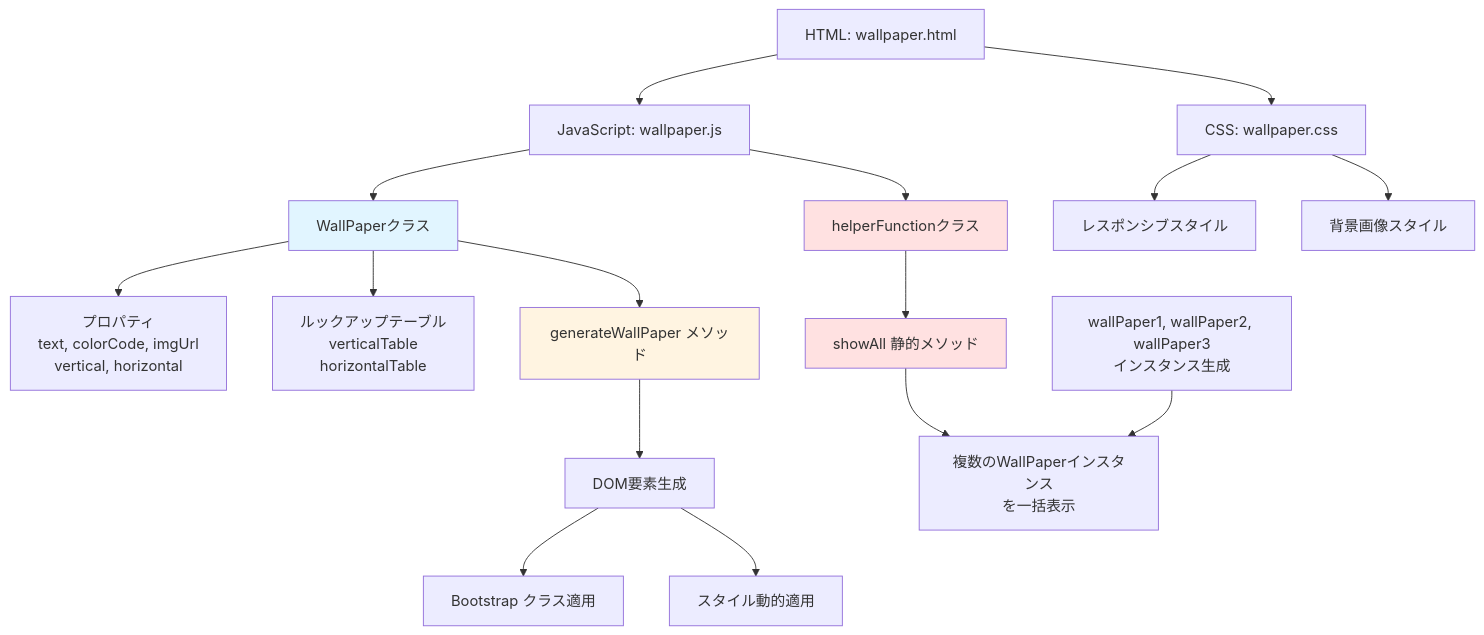
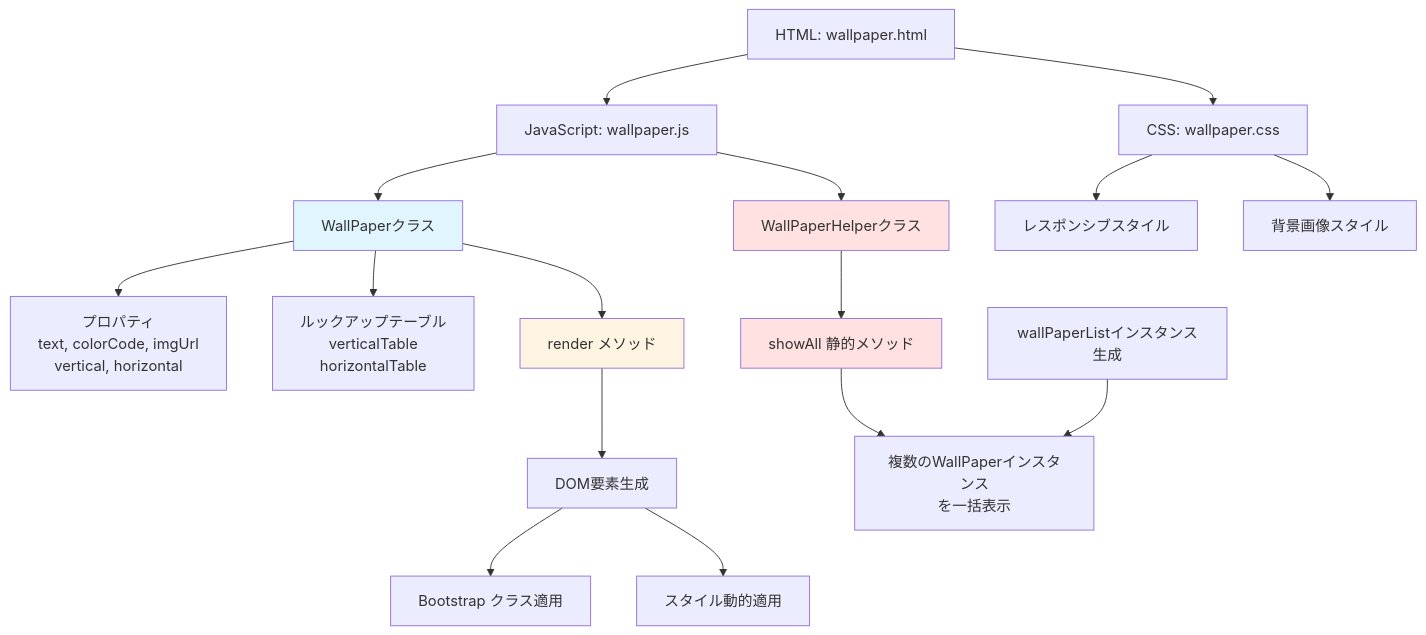
The first of 2 diagrams in README.md (ksk-aiko/MotivationalSpeechWallpaper), drawn with Mermaid before and after one commit. The commit also changed other lines of this file and 2 other files, not shown here.

````diff
--- a/README.md
+++ b/README.md
@@ -72,30 +72,30 @@
 ```mermaid
 graph TB
     A[HTML: wallpaper.html] --> B[JavaScript: wallpaper.js]
     A --> C[CSS: wallpaper.css]
     
     B --> D[WallPaperクラス]
-    B --> E[helperFunctionクラス]
+    B --> E[WallPaperHelperクラス]
     
     D --> F[プロパティ<br/>text, colorCode, imgUrl<br/>vertical, horizontal]
     D --> G[ルックアップテーブル<br/>verticalTable<br/>horizontalTable]
-    D --> H[generateWallPaper メソッド]
+    D --> H[render メソッド]
     
     E --> I[showAll 静的メソッド]
     
     H --> J[DOM要素生成]
     J --> K[Bootstrap クラス適用]
     J --> L[スタイル動的適用]
     
     I --> M[複数のWallPaperインスタンス<br/>を一括表示]
     
-    N[wallPaper1, wallPaper2, wallPaper3<br/>インスタンス生成] --> M
+    N[wallPaperListインスタンス生成] --> M
     
     C --> O[レスポンシブスタイル]
     C --> P[背景画像スタイル]
     
     style D fill:#e1f5ff
     style E fill:#ffe1e1
     style H fill:#fff4e1
     style I fill:#ffe1e1
 ```
````
